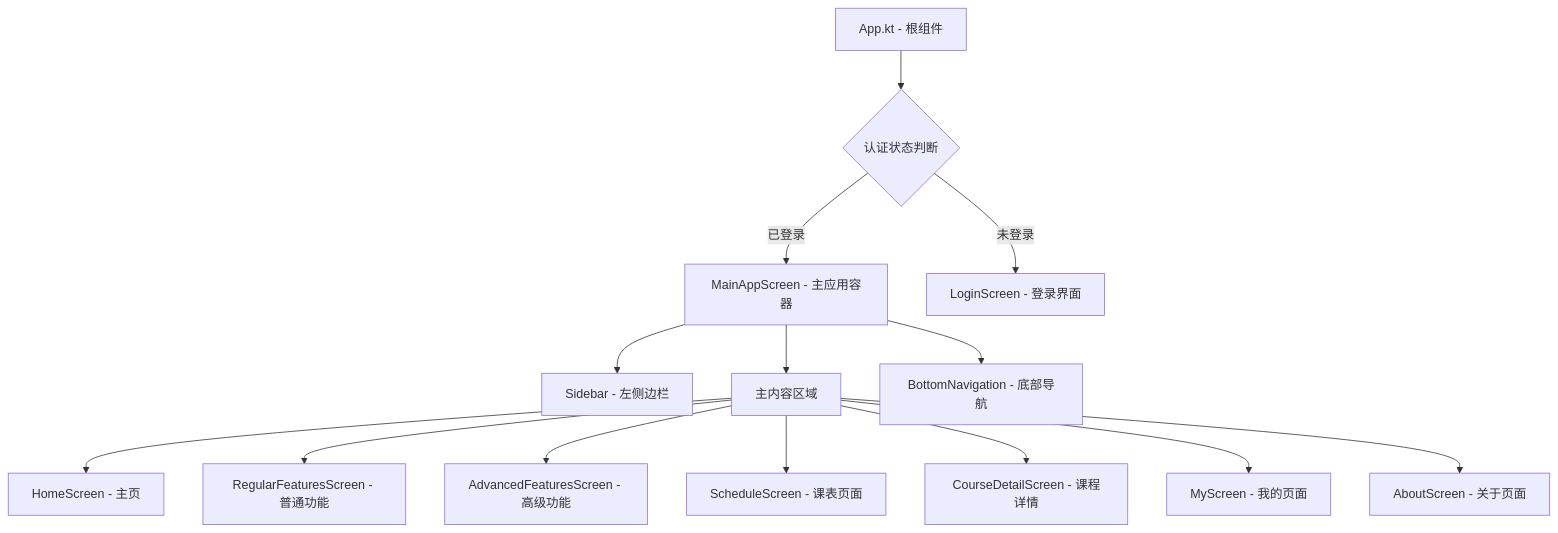
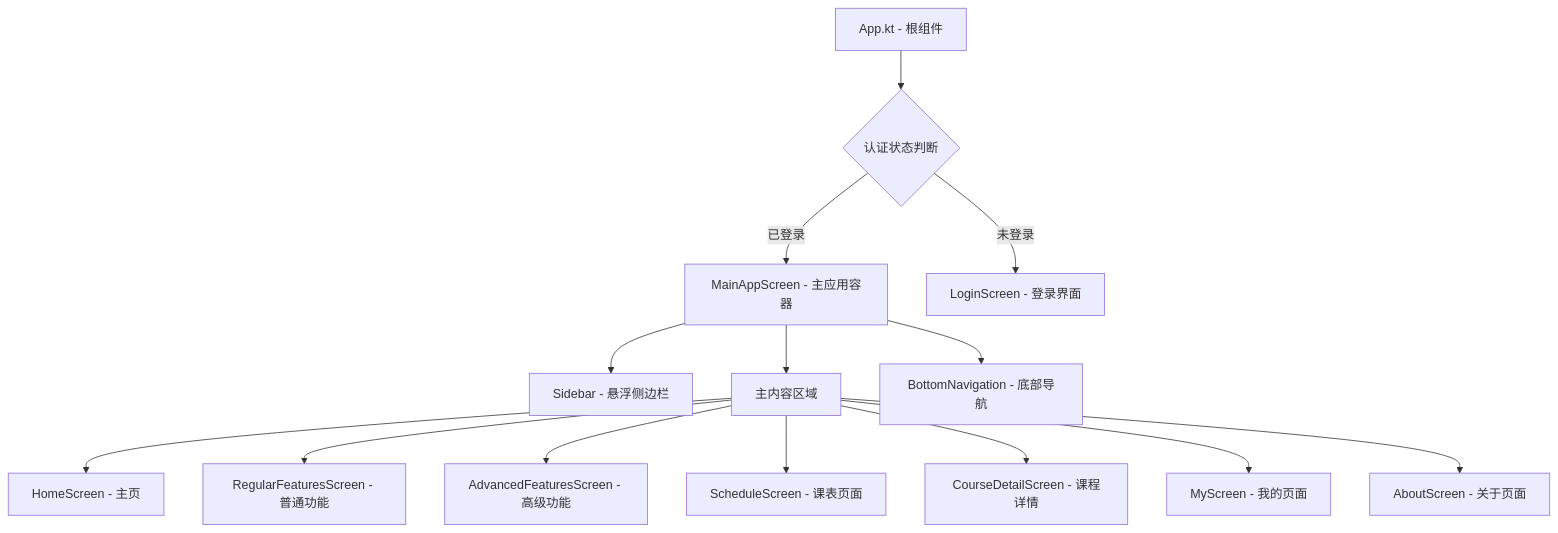
The fourth of 4 diagrams in AGENT.md (BUAASubnet/UBAA), drawn with Mermaid before and after one commit. The commit also changed other lines of this file, not shown here.

````diff
--- a/AGENT.md
+++ b/AGENT.md
@@ -331,18 +331,18 @@
 ```mermaid
 graph TD
     A[App.kt - 根组件] --> B{认证状态判断}
     B -->|已登录| C[MainAppScreen - 主应用容器]
     B -->|未登录| D[LoginScreen - 登录界面]
     
-    C --> E[Sidebar - 左侧边栏]
+    C --> E[Sidebar - 悬浮侧边栏]
     C --> F[主内容区域]
     C --> G[BottomNavigation - 底部导航]
     
     F --> H[HomeScreen - 主页]
     F --> I[RegularFeaturesScreen - 普通功能]
     F --> J[AdvancedFeaturesScreen - 高级功能]
     F --> K[ScheduleScreen - 课表页面]
     F --> L[CourseDetailScreen - 课程详情]
     F --> M[MyScreen - 我的页面]
     F --> N[AboutScreen - 关于页面]
 ```
````
